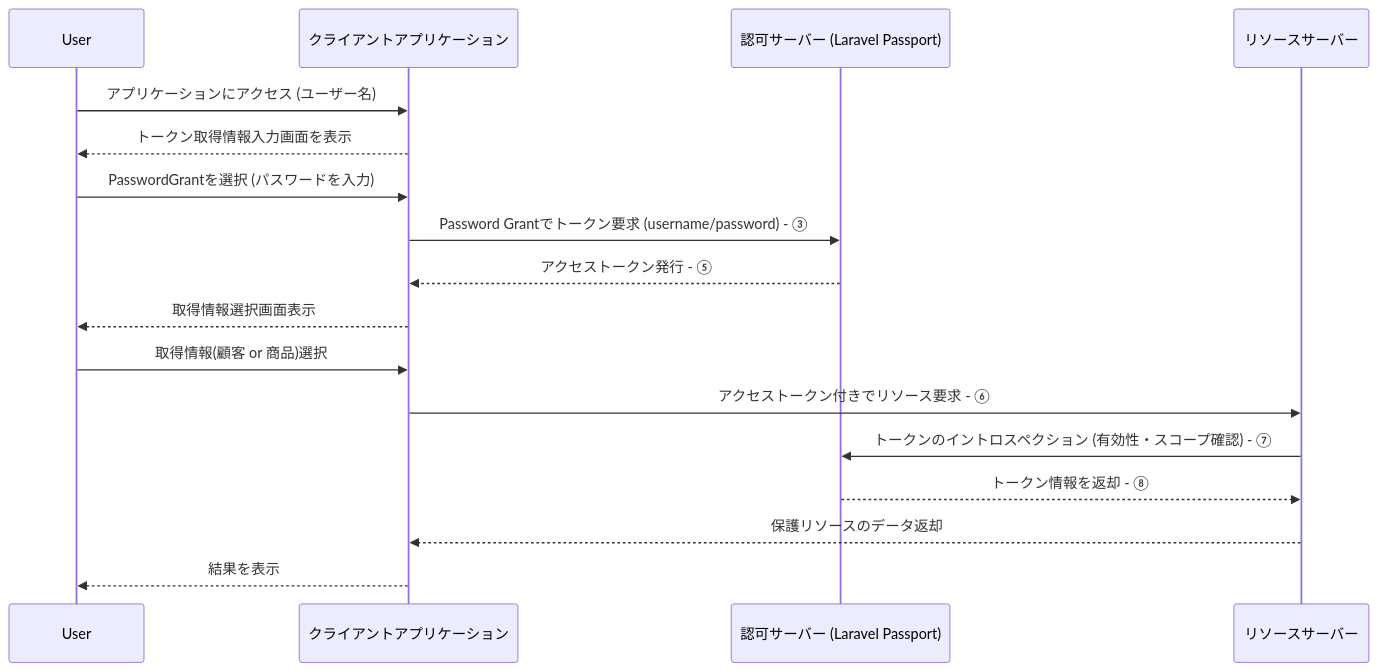
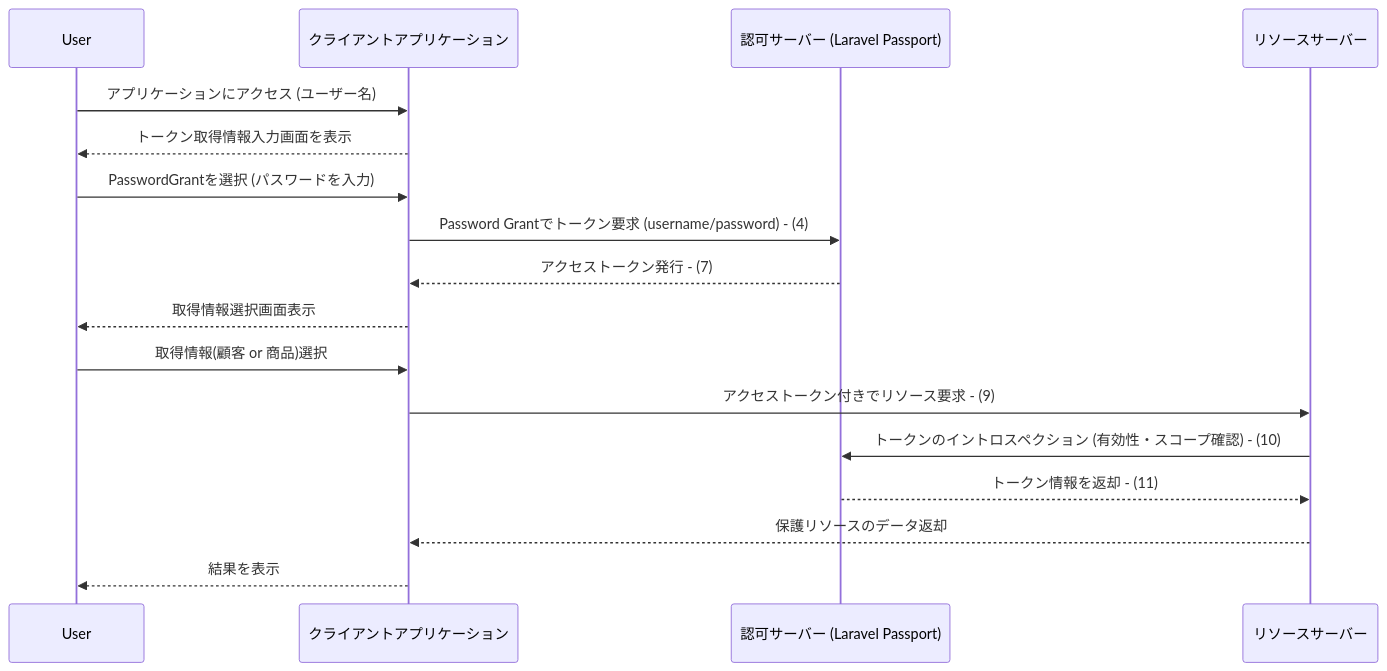
The first of 3 diagrams in README.md (KawataniShinya/laravel-oauth), drawn with Mermaid before and after one commit. The commit also changed other lines of this file, not shown here.

````diff
--- a/README.md
+++ b/README.md
@@ -60,27 +61,27 @@
 ```mermaid
 sequenceDiagram
     participant User
     participant ClientApp as クライアントアプリケーション
     participant AuthServer as 認可サーバー (Laravel Passport)
     participant ResourceServer as リソースサーバー
 
     %% Step 1: Login UI
     User->>ClientApp: アプリケーションにアクセス (ユーザー名)
     ClientApp-->>User: トークン取得情報入力画面を表示
 
     %% Step 2: Token Request with Credentials
     User->>ClientApp: PasswordGrantを選択 (パスワードを入力)
-    ClientApp->>AuthServer: Password Grantでトークン要求 (username/password) - ③
-    AuthServer-->>ClientApp: アクセストークン発行 - ⑤
+    ClientApp->>AuthServer: Password Grantでトークン要求 (username/password) - (4)
+    AuthServer-->>ClientApp: アクセストークン発行 - (7)
 
     %% Step 3: Access Protected Resource
     ClientApp-->>User: 取得情報選択画面表示
     User->>ClientApp: 取得情報(顧客 or 商品)選択
-    ClientApp->>ResourceServer: アクセストークン付きでリソース要求 - ⑥
-    ResourceServer->>AuthServer: トークンのイントロスペクション (有効性・スコープ確認) - ⑦
-    AuthServer-->>ResourceServer: トークン情報を返却 - ⑧
+    ClientApp->>ResourceServer: アクセストークン付きでリソース要求 - (9)
+    ResourceServer->>AuthServer: トークンのイントロスペクション (有効性・スコープ確認) - (10)
+    AuthServer-->>ResourceServer: トークン情報を返却 - (11)
 
     %% Step 4: Response
     ResourceServer-->>ClientApp: 保護リソースのデータ返却
     ClientApp-->>User: 結果を表示
 ```
````
